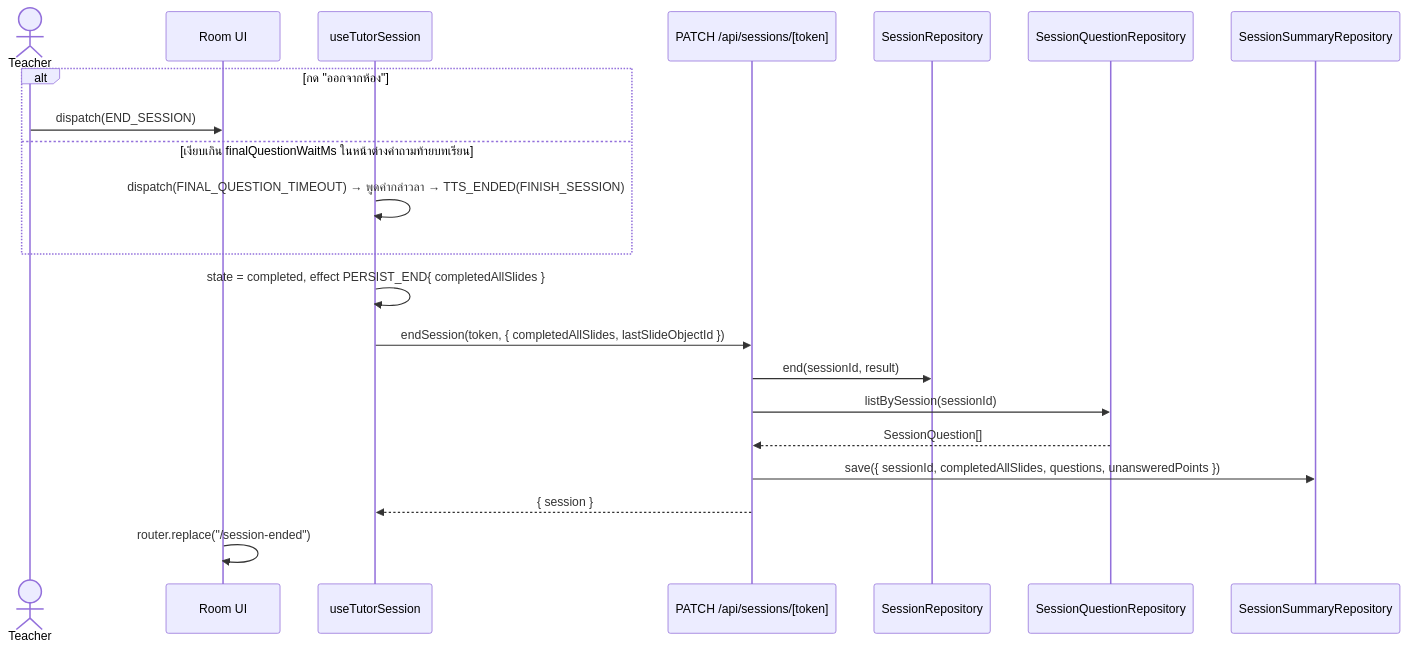
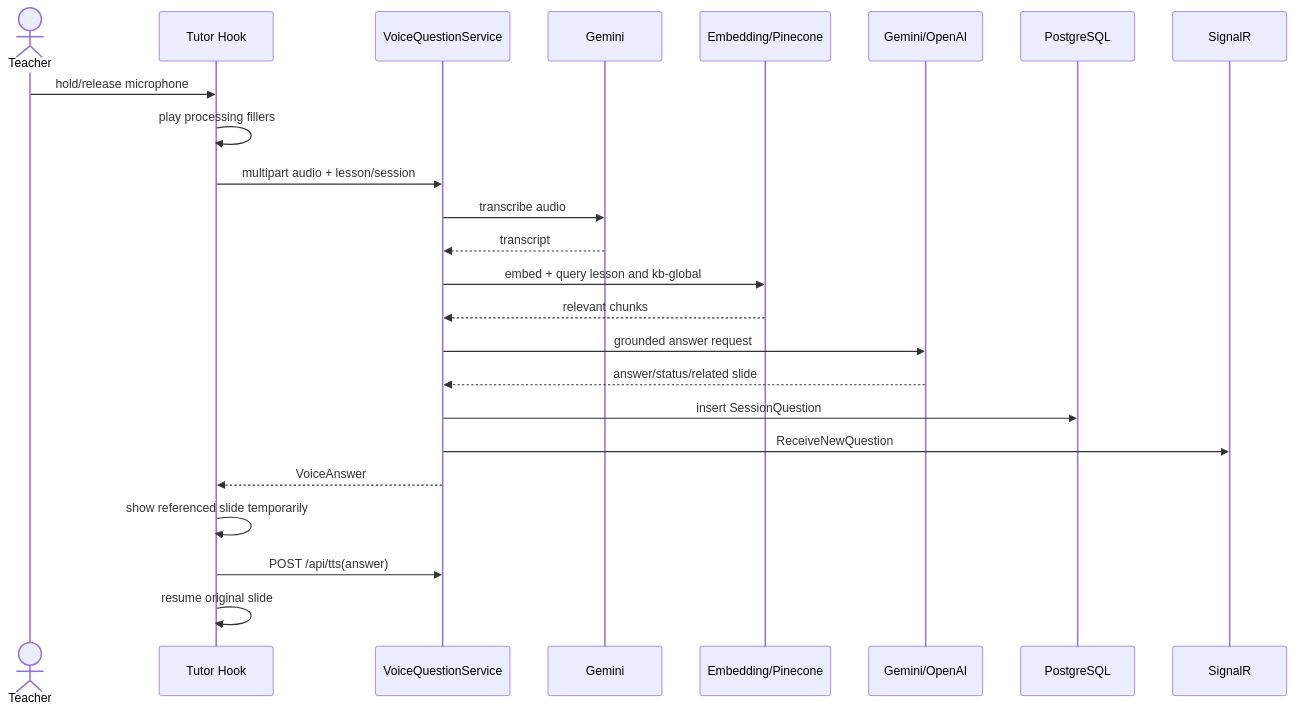
One commit to Sathaporn24/sb_supportroom changed the third of 5 diagrams in frontend/docs/SEQUENCE_DIAGRAMS.md. Above: the diagram before and after it, drawn with Mermaid. The commit also changed other lines of this file and 27 other files, not shown here.

````diff
--- a/frontend/docs/SEQUENCE_DIAGRAMS.md
+++ b/frontend/docs/SEQUENCE_DIAGRAMS.md
@@ -135,24 +53,27 @@
 ```mermaid
 sequenceDiagram
     actor Teacher
-    participant Room as Room UI
-    participant Hook as useTutorSession
-    participant API as PATCH /api/sessions/[token]
-    participant SessionRepo as SessionRepository
-    participant QRepo as SessionQuestionRepository
-    participant SummaryRepo as SessionSummaryRepository
+    participant FE as Tutor Hook
+    participant API as VoiceQuestionService
+    participant Gemini
+    participant Vector as Embedding/Pinecone
+    participant Answer as Gemini/OpenAI
+    participant DB as PostgreSQL
+    participant Hub as SignalR
 
-    alt กด "ออกจากห้อง"
-        Teacher->>Room: dispatch(END_SESSION)
-    else เงียบเกิน finalQuestionWaitMs ในหน้าต่างคำถามท้ายบทเรียน
-        Hook->>Hook: dispatch(FINAL_QUESTION_TIMEOUT) → พูดคำกล่าวลา → TTS_ENDED(FINISH_SESSION)
-    end
-    Hook->>Hook: state = completed, effect PERSIST_END{ completedAllSlides }
-    Hook->>API: endSession(token, { completedAllSlides, lastSlideObjectId })
-    API->>SessionRepo: end(sessionId, result)
-    API->>QRepo: listBySession(sessionId)
-    QRepo-->>API: SessionQuestion[]
-    API->>SummaryRepo: save({ sessionId, completedAllSlides, questions, unansweredPoints })
-    API-->>Hook: { session }
-    Room->>Room: router.replace("/session-ended")
+    Teacher->>FE: hold/release microphone
+    FE->>FE: play processing fillers
+    FE->>API: multipart audio + lesson/session
+    API->>Gemini: transcribe audio
+    Gemini-->>API: transcript
+    API->>Vector: embed + query lesson and kb-global
+    Vector-->>API: relevant chunks
+    API->>Answer: grounded answer request
+    Answer-->>API: answer/status/related slide
+    API->>DB: insert SessionQuestion
+    API->>Hub: ReceiveNewQuestion
+    API-->>FE: VoiceAnswer
+    FE->>FE: show referenced slide temporarily
+    FE->>API: POST /api/tts(answer)
+    FE->>FE: resume original slide
 ```
````
